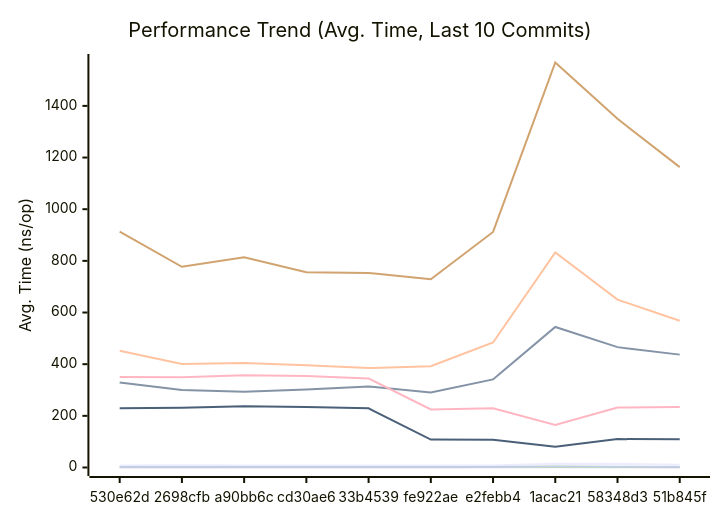
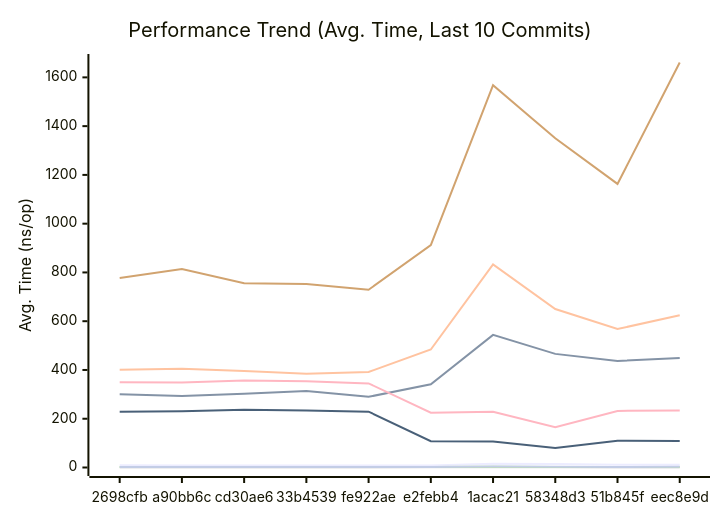
Before and after one commit to alsotoes/momo: the first of 3 diagrams in docs/PERFORMANCE.md, drawn with Mermaid. The commit also changed other lines of this file and 15 other files, not shown here.

````diff
--- a/docs/PERFORMANCE.md
+++ b/docs/PERFORMANCE.md
@@ -80,16 +82,16 @@
 ```mermaid
 xychart-beta
     title "Performance Trend (Avg. Time, Last 10 Commits)"
     x-axis "Commit"
     y-axis "Avg. Time (ns/op)"
-    x-axis [530e62d,2698cfb,a90bb6c,cd30ae6,33b4539,fe922ae,e2febb4,1acac21,58348d3,51b845f]
-    line "CheckMetricsAndSwap" [8,9,8,8,8,8,8,15,14,11]
-    line "CrushOptimized" [329,300,293,302,314,290,341,544,466,437]
-    line "CrushOriginal" [452,401,405,396,385,392,484,833,650,568]
-    line "IndexDirectTracking" [0,0,0,0,0,0,1,1,1,0]
-    line "IndexSearch" [2,2,2,2,2,2,2,3,2,2]
-    line "LoadGlobalConfig" [913,777,814,756,753,729,912,1568,1350,1163]
-    line "PadString" [2,2,2,2,2,2,2,4,3,2]
+    x-axis [2698cfb,a90bb6c,cd30ae6,33b4539,fe922ae,e2febb4,1acac21,58348d3,51b845f,eec8e9d]
+    line "CheckMetricsAndSwap" [9,8,8,8,8,8,15,14,11,11]
+    line "CrushOptimized" [300,293,302,314,290,341,544,466,437,449]
+    line "CrushOriginal" [401,405,396,385,392,484,833,650,568,624]
+    line "IndexDirectTracking" [0,0,0,0,0,1,1,1,0,0]
+    line "IndexSearch" [2,2,2,2,2,2,3,2,2,2]
+    line "LoadGlobalConfig" [777,814,756,753,729,912,1568,1350,1163,1661]
+    line "PadString" [2,2,2,2,2,2,4,3,2,3]
     line "ParseReplicationOrder_NoPrealloc" [350,349,357,354,345,225,229,165,232,234]
     line "ParseReplicationOrder_Prealloc" [229,231,237,234,229,108,107,80,110,109]
 ```
````
